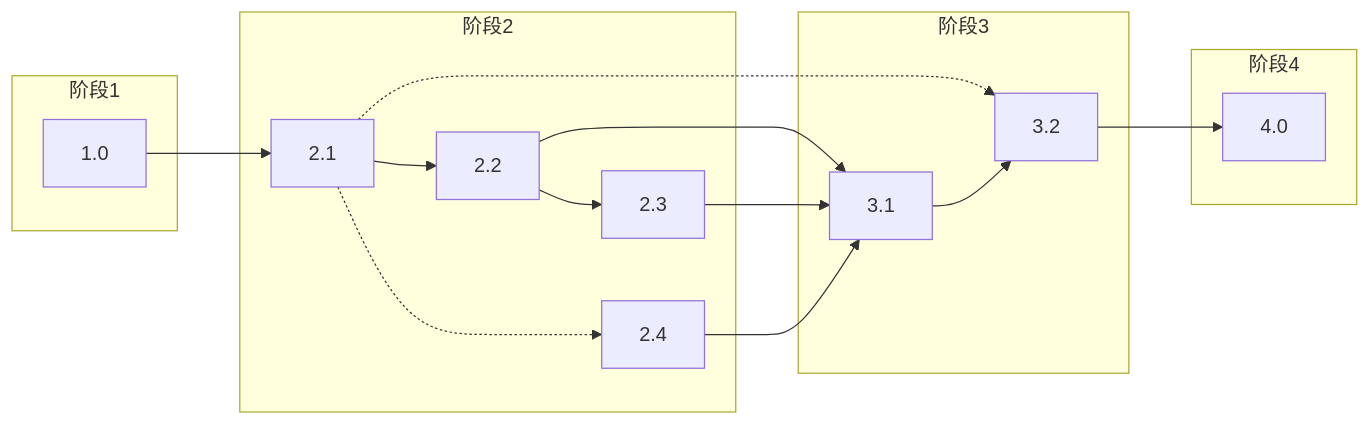
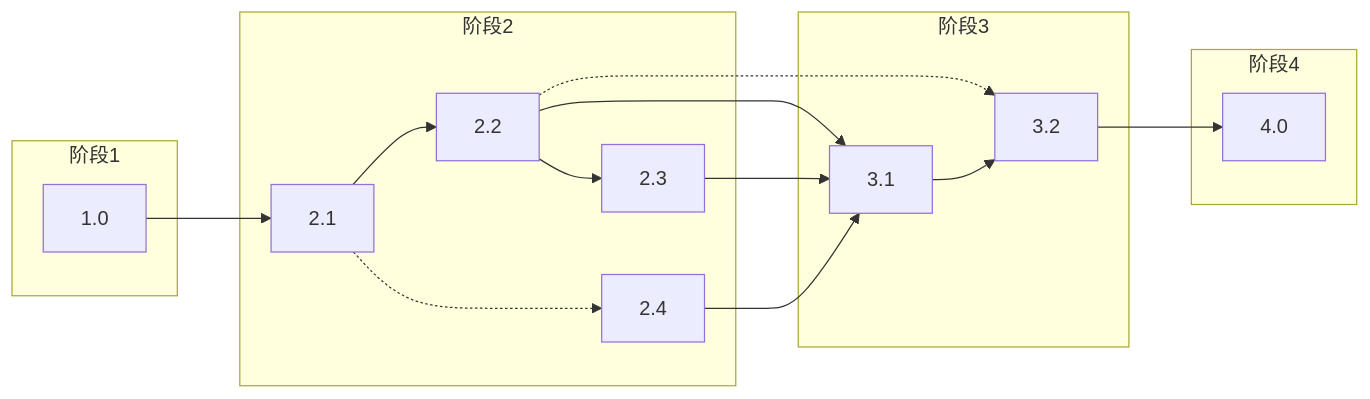
The second of 2 diagrams in docs/workflow_diagram.md (kiddyt00/FrameLeap), drawn with Mermaid before and after one commit. The commit also changed other lines of this file, not shown here.

First line of the commit message:
docs: 添加运镜规划到流程图

````diff
--- a/docs/workflow_diagram.md
+++ b/docs/workflow_diagram.md
@@ -329,33 +375,33 @@
 ```mermaid
 graph LR
     subgraph S1["阶段1"]
         S1_0[1.0]
     end
 
     subgraph S2["阶段2"]
         S2_1[2.1]
         S2_2[2.2]
         S2_3[2.3]
         S2_4[2.4]
     end
 
     subgraph S3["阶段3"]
         S3_1[3.1]
         S3_2[3.2]
     end
 
     subgraph S4["阶段4"]
         S4_0[4.0]
     end
 
     S1_0 --> S2_1
     S2_1 --> S2_2
     S2_2 --> S2_3
     S2_1 -.-> S2_4
     S2_2 --> S3_1
     S2_3 --> S3_1
     S2_4 --> S3_1
-    S2_1 -.-> S3_2
+    S2_2 -.-> S3_2
     S3_1 --> S3_2
     S3_2 --> S4_0
 ```
````
